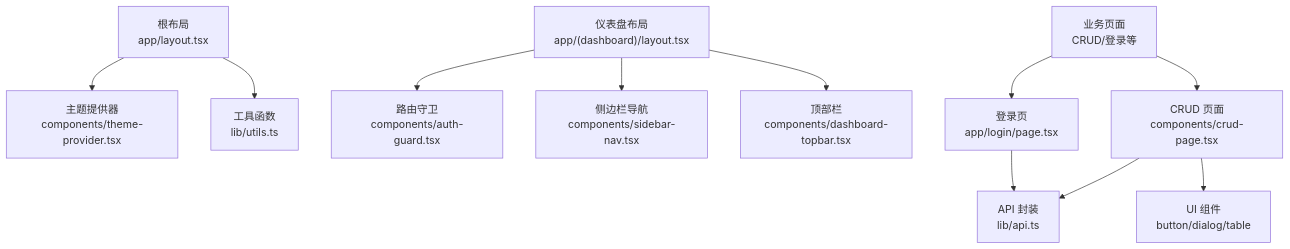
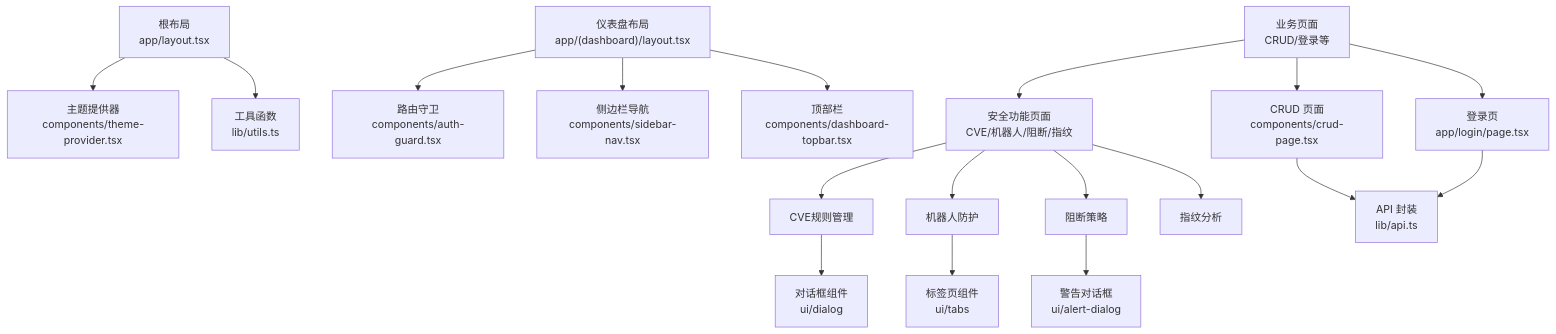
Before and after one commit to x01n/My-OpenWaf: the second of 14 diagrams in docs/前端管理界面/前端管理界面.md, drawn with Mermaid. The commit also changed other lines of this file and 51 other files, not shown here.

````diff
--- a/docs/前端管理界面/前端管理界面.md
+++ b/docs/前端管理界面/前端管理界面.md
@@ -119,13 +164,20 @@
 ```mermaid
 graph TB
 Root["根布局<br/>app/layout.tsx"] --> Theme["主题提供器<br/>components/theme-provider.tsx"]
 Root --> Utils["工具函数<br/>lib/utils.ts"]
 Dash["仪表盘布局<br/>app/(dashboard)/layout.tsx"] --> Guard["路由守卫<br/>components/auth-guard.tsx"]
 Dash --> Sidebar["侧边栏导航<br/>components/sidebar-nav.tsx"]
 Dash --> Topbar["顶部栏<br/>components/dashboard-topbar.tsx"]
 Pages["业务页面<br/>CRUD/登录等"] --> CRUD["CRUD 页面<br/>components/crud-page.tsx"]
 Pages --> Login["登录页<br/>app/login/page.tsx"]
+Pages --> SecurityPages["安全功能页面<br/>CVE/机器人/阻断/指纹"]
+SecurityPages --> CVETab["CVE规则管理"]
+SecurityPages --> BotTab["机器人防护"]
+SecurityPages --> DropTab["阻断策略"]
+SecurityPages --> FingerprintTab["指纹分析"]
 CRUD --> API["API 封装<br/>lib/api.ts"]
-CRUD --> UI["UI 组件<br/>button/dialog/table"]
+BotTab --> Tabs["标签页组件<br/>ui/tabs"]
+CVETab --> Dialog["对话框组件<br/>ui/dialog"]
+DropTab --> Alert["警告对话框<br/>ui/alert-dialog"]
 Login --> API
 ```
````
